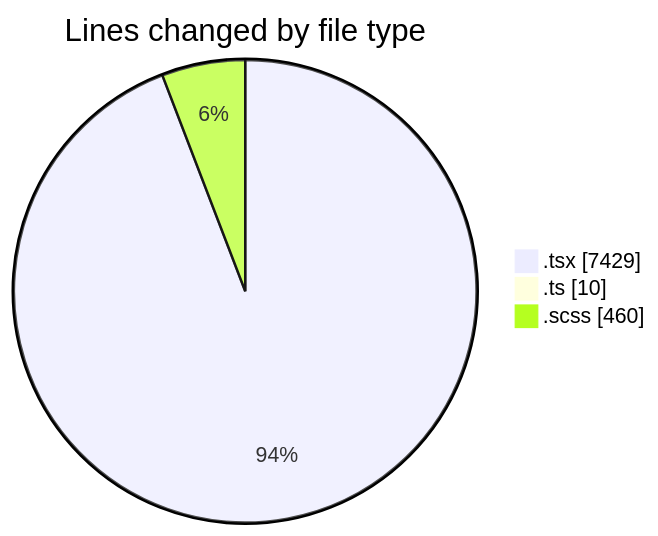
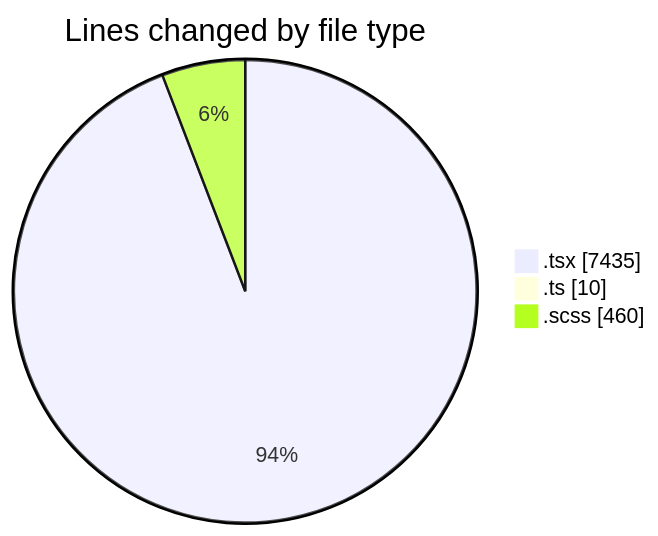
The first of 2 diagrams in 2025-11-17/cda/README.md (momahboobian/code-tracking), drawn with Mermaid before and after one commit. The commit also changed other lines of this file and 1 other file, not shown here.

````diff
--- a/2025-11-17/cda/README.md
+++ b/2025-11-17/cda/README.md
@@ -32,7 +32,7 @@
 ```mermaid
 pie showData
 title Lines changed by file type
-".tsx" : 7429
+".tsx" : 7435
 ".ts" : 10
 ".scss" : 460
 ```
````
